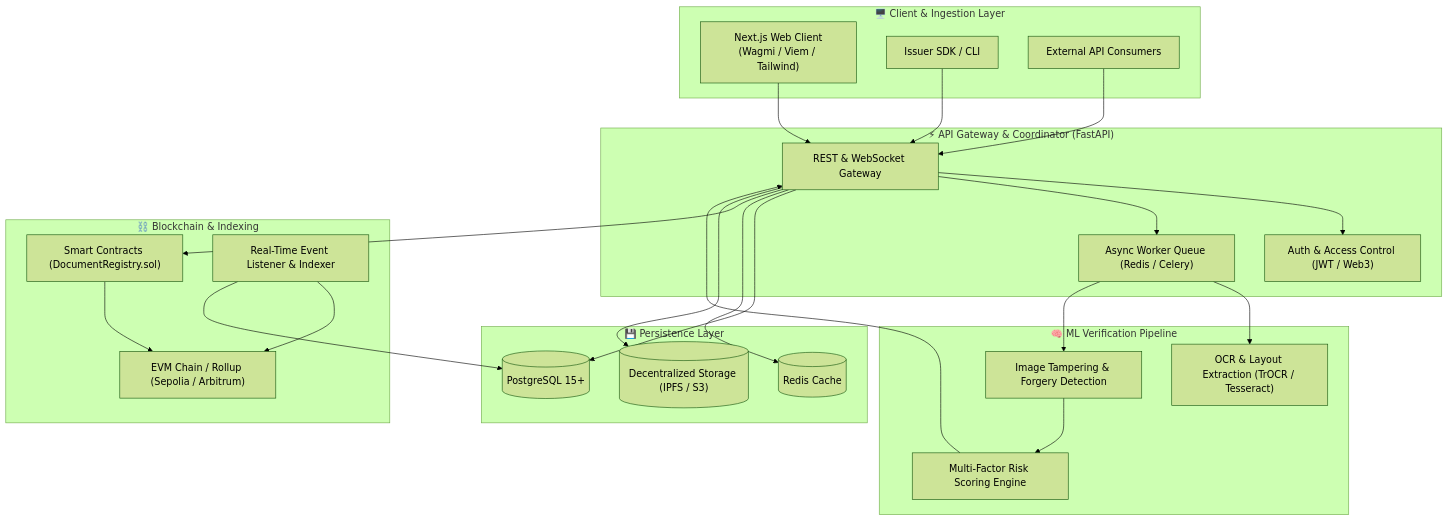
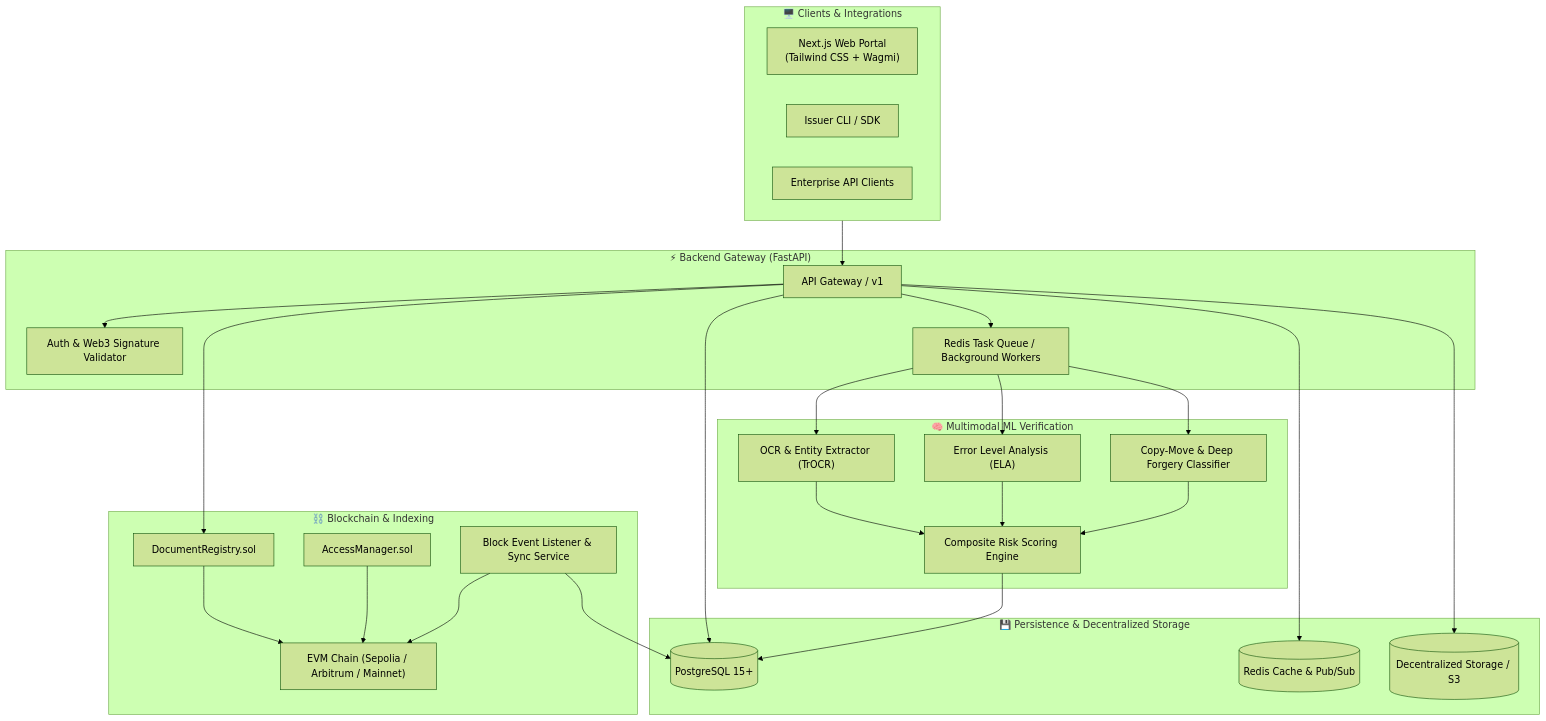
One commit to amanpal3/ProofRoute changed the diagram in README.md. Above: the diagram before and after it, drawn with Mermaid (forest theme). The commit also changed other lines of this file and 8 other files, not shown here.

Commit message:
docs: enrich all module README files with architecture, tooling, and quick-start guides

````diff
--- a/README.md
+++ b/README.md
@@ -39,52 +91,53 @@
 ```mermaid
 flowchart TB
-    subgraph ClientLayer["🖥️ Client & Ingestion Layer"]
-        WebApp["Next.js Web Client<br/>(Wagmi / Viem / Tailwind)"]
-        IssuerClient["Issuer SDK / CLI"]
-        ExternalAPI["External API Consumers"]
+    subgraph Clients["🖥️ Clients & Integrations"]
+        WebApp["Next.js Web Portal<br/>(Tailwind CSS + Wagmi)"]
+        IssuerCLI["Issuer CLI / SDK"]
+        ThirdParty["Enterprise API Clients"]
     end
 
-    subgraph APILayer["⚡ API Gateway & Coordinator (FastAPI)"]
-        Gateway["REST & WebSocket Gateway"]
-        AuthService["Auth & Access Control (JWT / Web3)"]
-        JobQueue["Async Worker Queue (Redis / Celery)"]
+    subgraph API["⚡ Backend Gateway (FastAPI)"]
+        Router["API Gateway / v1"]
+        Auth["Auth & Web3 Signature Validator"]
+        TaskQueue["Redis Task Queue / Background Workers"]
     end
 
-    subgraph MLLayer["🧠 ML Verification Pipeline"]
-        LayoutOCR["OCR & Layout Extraction (TrOCR / Tesseract)"]
-        TamperModel["Image Tampering & Forgery Detection"]
-        RiskEngine["Multi-Factor Risk Scoring Engine"]
+    subgraph ML["🧠 Multimodal ML Verification"]
+        OCR["OCR & Entity Extractor (TrOCR)"]
+        ELA["Error Level Analysis (ELA)"]
+        Tamper["Copy-Move & Deep Forgery Classifier"]
+        Scorer["Composite Risk Scoring Engine"]
     end
 
-    subgraph ChainLayer["⛓️ Blockchain & Indexing"]
-        Contracts["Smart Contracts (DocumentRegistry.sol)"]
-        EVMNode["EVM Chain / Rollup (Sepolia / Arbitrum)"]
-        Indexer["Real-Time Event Listener & Indexer"]
+    subgraph Chain["⛓️ Blockchain & Indexing"]
+        Registry["DocumentRegistry.sol"]
+        AccessCtrl["AccessManager.sol"]
+        EVMNode["EVM Chain (Sepolia / Arbitrum / Mainnet)"]
+        Indexer["Block Event Listener & Sync Service"]
     end
 
-    subgraph DataLayer["💾 Persistence Layer"]
-        PG[(PostgreSQL 15+)]
-        Redis[(Redis Cache)]
-        IPFS[("Decentralized Storage (IPFS / S3)")]
+    subgraph Storage["💾 Persistence & Decentralized Storage"]
+        Postgres[(PostgreSQL 15+)]
+        RedisCache[(Redis Cache & Pub/Sub)]
+        IPFS[("Decentralized Storage / S3")]
     end
 
-    WebApp --> Gateway
-    IssuerClient --> Gateway
-    ExternalAPI --> Gateway
+    Clients --> Router
+    Router --> Auth
+    Router --> TaskQueue
+    Router --> Postgres
+    Router --> RedisCache
 
-    Gateway --> AuthService
-    Gateway --> JobQueue
-    Gateway --> PG
-    Gateway --> Redis
+    TaskQueue --> OCR
+    TaskQueue --> ELA
+    TaskQueue --> Tamper
+    OCR & ELA & Tamper --> Scorer
+    Scorer --> Postgres
 
-    JobQueue --> LayoutOCR
-    JobQueue --> TamperModel
-    TamperModel --> RiskEngine
-    RiskEngine --> Gateway
-
-    Gateway --> Contracts
-    Contracts --> EVMNode
+    Router --> Registry
+    Registry --> EVMNode
+    AccessCtrl --> EVMNode
     Indexer --> EVMNode
-    Indexer --> PG
-    Gateway --> IPFS
+    Indexer --> Postgres
+    Router --> IPFS
 ```
````
